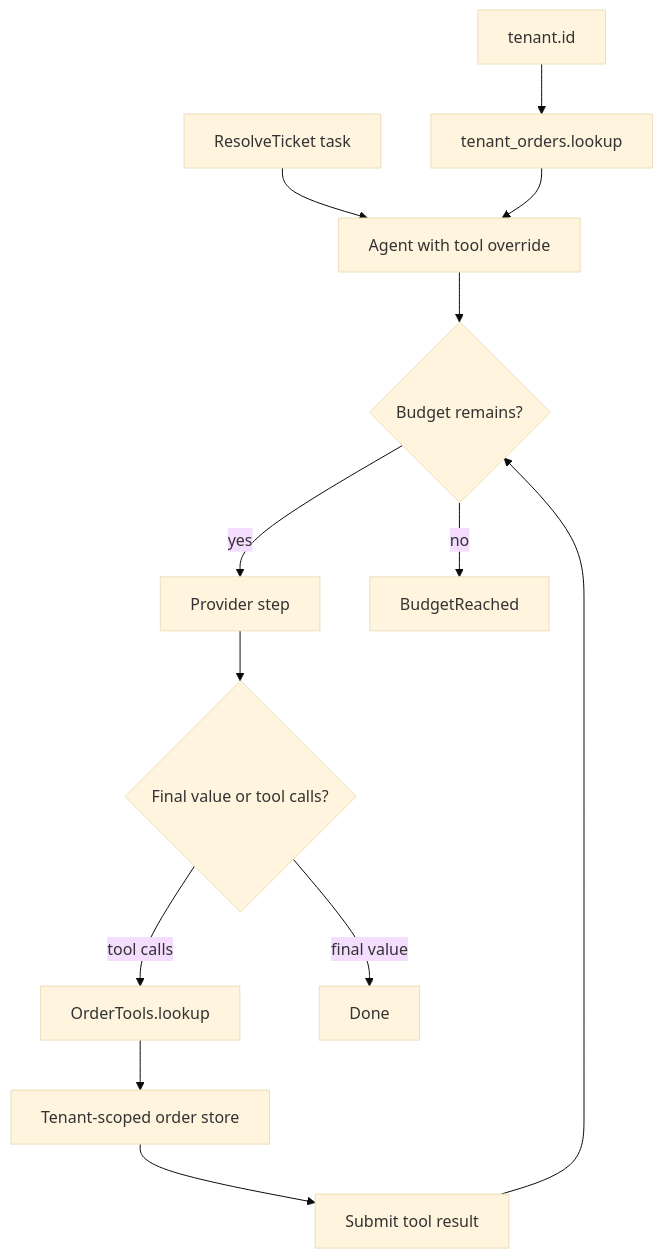
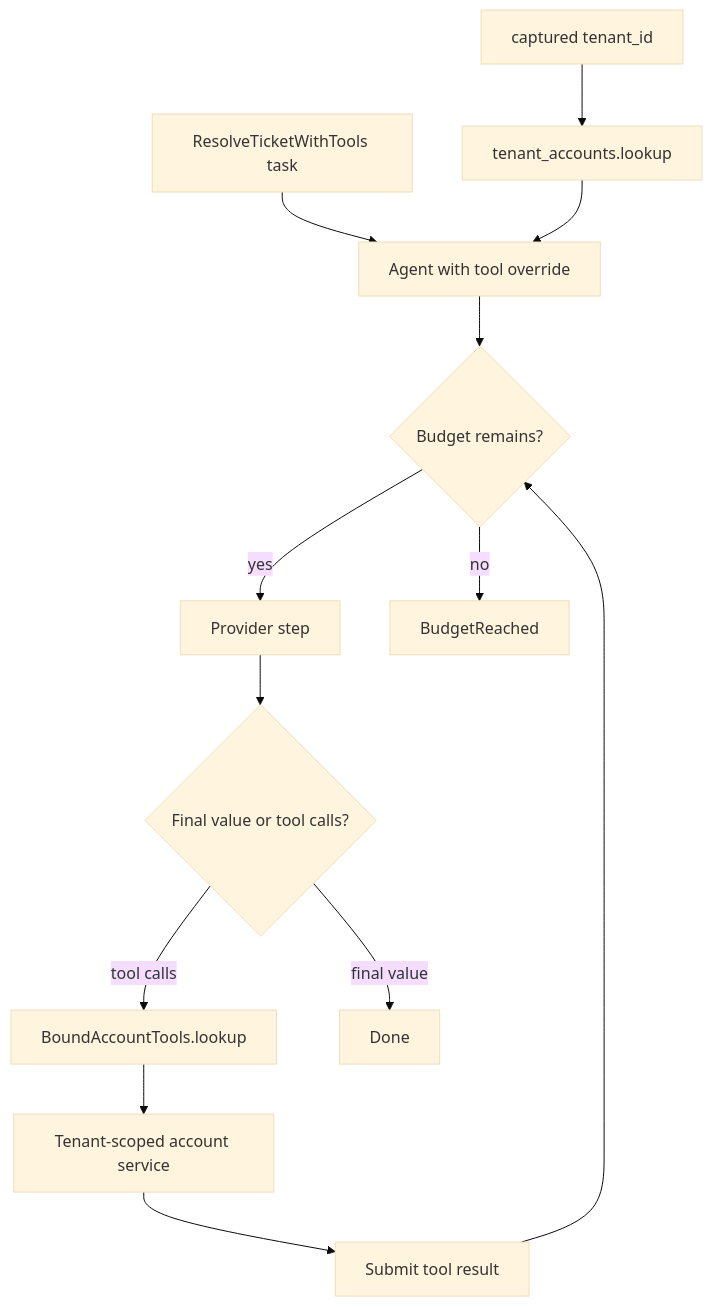
One commit to BoundaryML/baml changed the second of 2 diagrams in baml_language/_plan/bepv4/pages/agents-and-tools.md. Above: the diagram before and after it, drawn with Mermaid (base theme). The commit also changed other lines of this file and 229 other files, not shown here.

````diff
--- a/baml_language/_plan/bepv4/pages/agents-and-tools.md
+++ b/baml_language/_plan/bepv4/pages/agents-and-tools.md
@@ -111,15 +122,15 @@
 ```mermaid
 flowchart TD
-  tenant["tenant.id"] --> bound["tenant_orders.lookup"]
-  task["ResolveTicket task"] --> agent["Agent with tool override"]
+  tenant["captured tenant_id"] --> bound["tenant_accounts.lookup"]
+  task["ResolveTicketWithTools task"] --> agent["Agent with tool override"]
   bound --> agent
   agent --> budget{"Budget remains?"}
   budget -->|yes| step["Provider step"]
   step --> result{"Final value or tool calls?"}
-  result -->|tool calls| method["OrderTools.lookup"]
-  method --> scoped["Tenant-scoped order store"]
+  result -->|tool calls| method["BoundAccountTools.lookup"]
+  method --> scoped["Tenant-scoped account service"]
   scoped --> submit["Submit tool result"]
   submit --> budget
   result -->|final value| done["Done<Resolution>"]
   budget -->|no| stopped["BudgetReached"]
 ```
````
